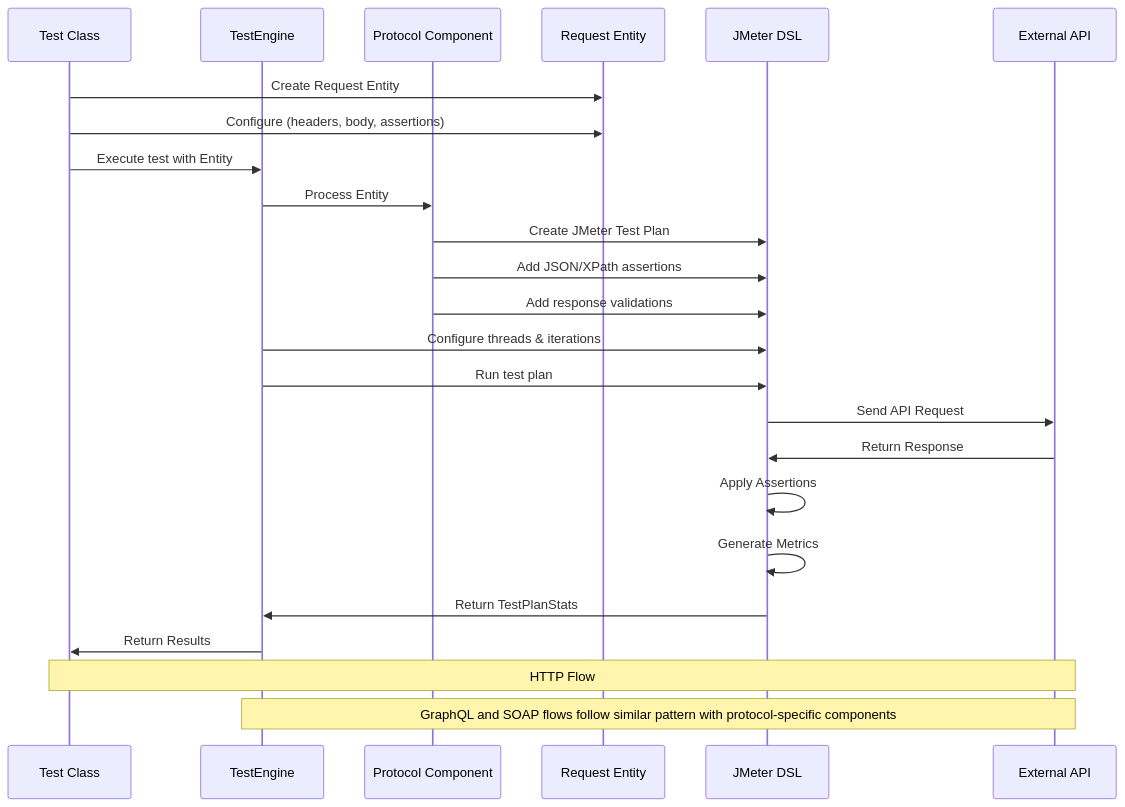
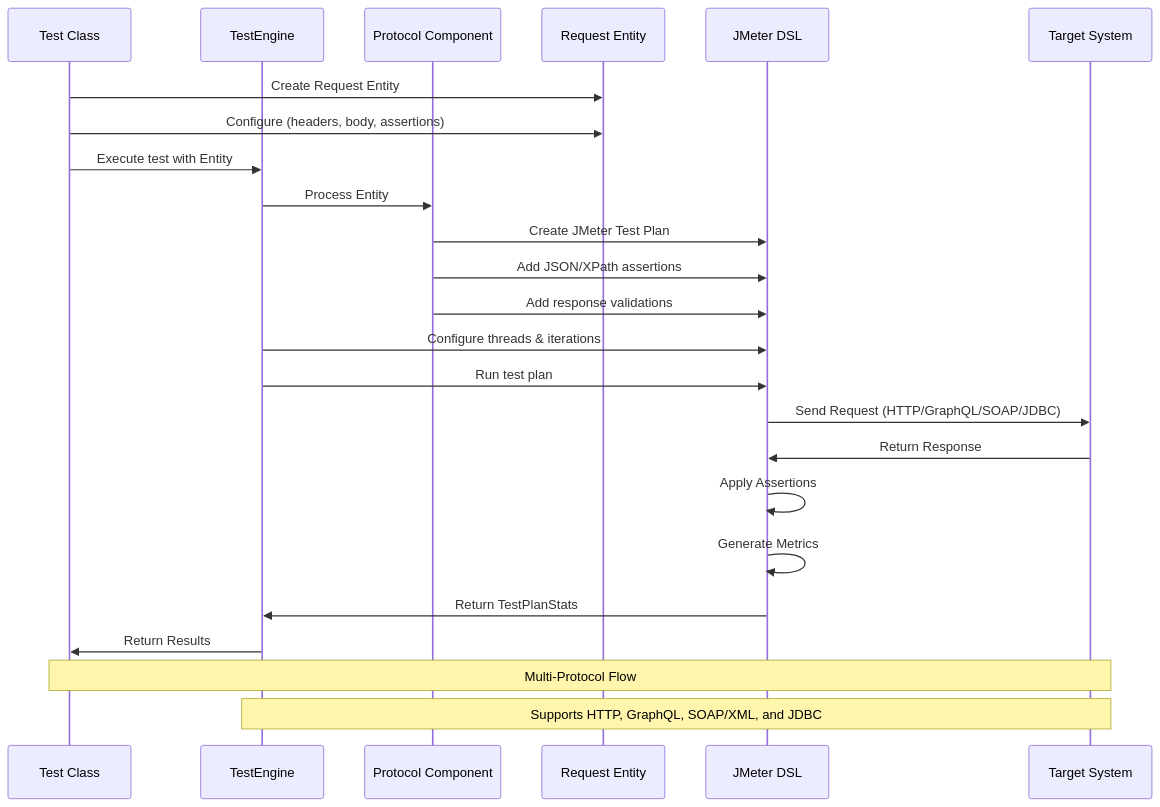
The second of 2 diagrams in README.md (TestAutomationMultiverse/PerformanceAutomationFramework), drawn with Mermaid before and after one commit. The commit also changed other lines of this file and 254 other files, not shown here.

````diff
--- a/README.md
+++ b/README.md
@@ -337,28 +159,28 @@
 ```mermaid
 sequenceDiagram
     participant Test as Test Class
     participant Engine as TestEngine
     participant Component as Protocol Component
     participant Entity as Request Entity
     participant JMeter as JMeter DSL
-    participant API as External API
+    participant Target as Target System
 
     Test->>Entity: Create Request Entity
     Test->>Entity: Configure (headers, body, assertions)
     Test->>Engine: Execute test with Entity
     Engine->>Component: Process Entity
     Component->>JMeter: Create JMeter Test Plan
     Component->>JMeter: Add JSON/XPath assertions
     Component->>JMeter: Add response validations
     Engine->>JMeter: Configure threads & iterations
     Engine->>JMeter: Run test plan
-    JMeter->>API: Send API Request
-    API->>JMeter: Return Response
+    JMeter->>Target: Send Request (HTTP/GraphQL/SOAP/JDBC)
+    Target->>JMeter: Return Response
     JMeter->>JMeter: Apply Assertions
     JMeter->>JMeter: Generate Metrics
     JMeter->>Engine: Return TestPlanStats
     Engine->>Test: Return Results
     
-    Note over Test,API: HTTP Flow
-    Note over Engine,API: GraphQL and SOAP flows follow similar pattern with protocol-specific components
+    Note over Test,Target: Multi-Protocol Flow
+    Note over Engine,Target: Supports HTTP, GraphQL, SOAP/XML, and JDBC
 ```
````
